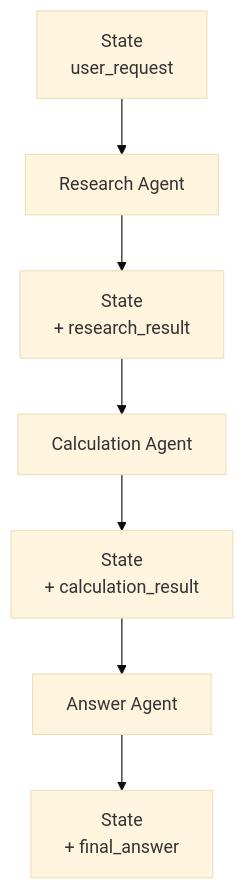
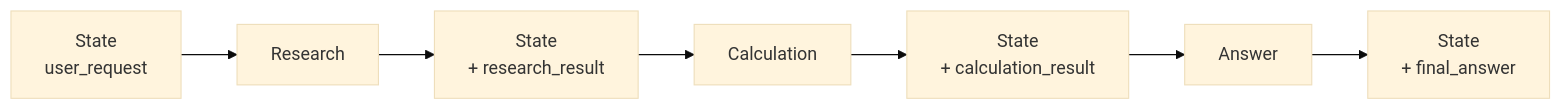
Diagram 11 of 15 in docs/08_multi_agent.md (ykubota-dev/ai-agent-tutorial), drawn with Mermaid (base theme) before and after one commit. The commit also changed other lines of this file and 1 other file, not shown here.

````diff
--- a/docs/08_multi_agent.md
+++ b/docs/08_multi_agent.md
@@ -1083,23 +744,23 @@
 ```mermaid
-flowchart TD
+flowchart LR
     S1["State<br>user_request"]
 
-    R["Research Agent"]
+    R["Research"]
 
     S2["State<br>+ research_result"]
 
-    C["Calculation Agent"]
+    C["Calculation"]
 
     S3["State<br>+ calculation_result"]
 
-    A["Answer Agent"]
+    A["Answer"]
 
     S4["State<br>+ final_answer"]
 
     S1 --> R
     R --> S2
     S2 --> C
     C --> S3
     S3 --> A
     A --> S4
 ```
````
